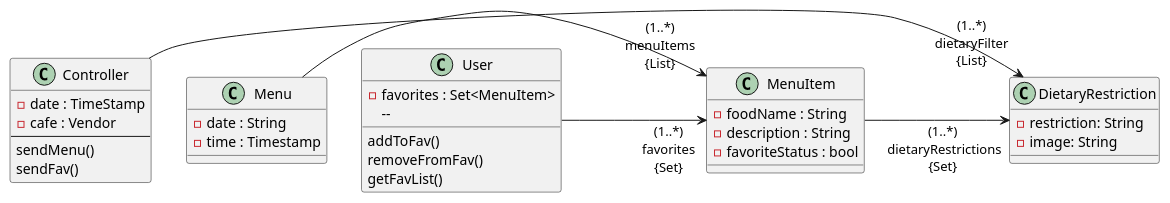
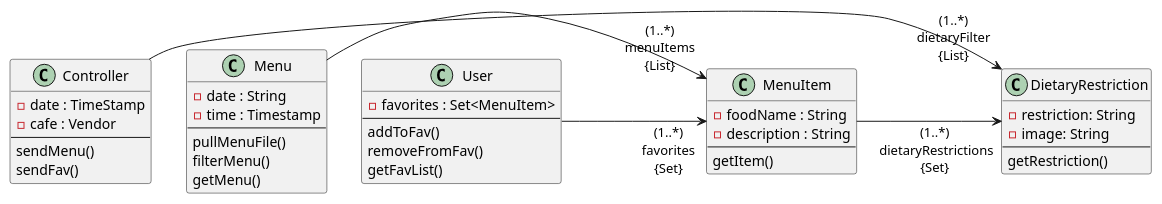
One commit to rkilpadi/vassar-dining-app changed the diagram in doc/design.md. Above: the diagram before and after it, drawn with PlantUML.

Commit message:
Updated design.md doc

````diff
--- a/doc/design.md
+++ b/doc/design.md
@@ -1,38 +1,45 @@
-@startuml
+```plantuml
 class Controller{
 -date : TimeStamp
 -cafe : Vendor
 --
-sendMenu()
+sendMenu() 
 sendFav()
 }
 
 class Menu{
 -date : String 
 -time : Timestamp
+--
+pullMenuFile()
+filterMenu()
+getMenu()
 }
 
 class MenuItem{
 -foodName : String
 -description : String
--favoriteStatus : bool
+--
+getItem()
 }
 
 class DietaryRestriction {
 -restriction: String
 -image: String
+--
+getRestriction()
 }
 
 class User{
 -favorites : Set<MenuItem>
--- 
+--
 addToFav()
 removeFromFav()
 getFavList()
 }
 
 Controller -> "(1..*)\n dietaryFilter \n{List}" DietaryRestriction : \t\t\t\t
 Menu -> "(1..*)\n menuItems \n{List}" MenuItem: \t\t\t\t
 MenuItem -> "(1..*)\n dietaryRestrictions\n{Set}" DietaryRestriction: \t\t\t\t
 User -> "(1..*)\n favorites \n{Set}" MenuItem: \t\t\t\t
-@enduml
+```
````
